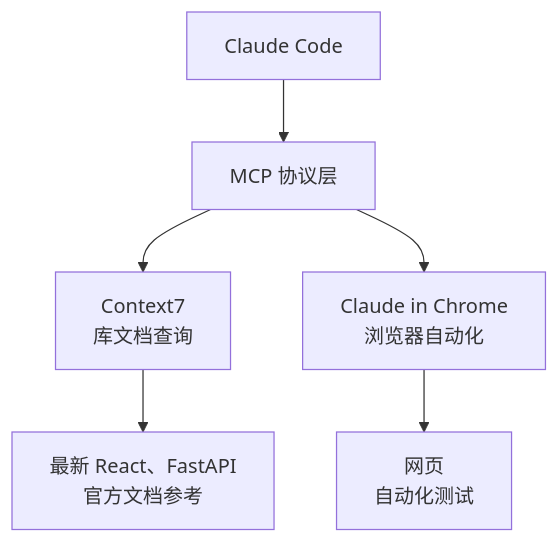
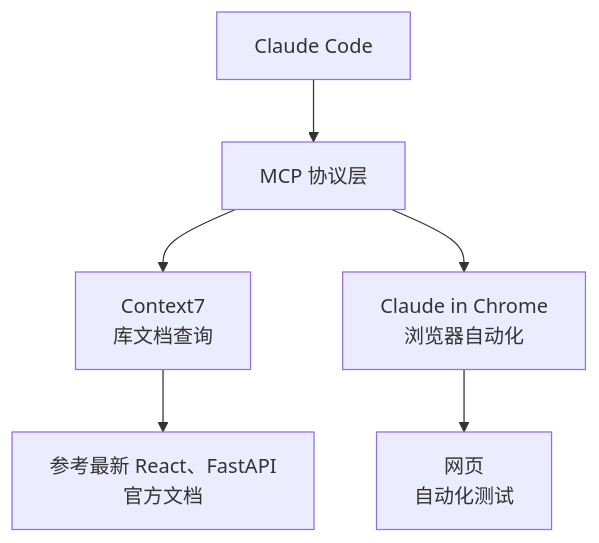
One commit to modu-ai/moai-adk changed the diagram in docs-site/content/zh/advanced/mcp-servers.md. Above: the diagram before and after it, drawn with Mermaid. The commit also changed other lines of this file and 395 other files, not shown here.

````diff
--- a/docs-site/content/zh/advanced/mcp-servers.md
+++ b/docs-site/content/zh/advanced/mcp-servers.md
@@ -19,10 +19,10 @@
 ```mermaid
 flowchart TD
     CC["Claude Code"] --> MCP_LAYER["MCP 协议层"]
 
     MCP_LAYER --> C7["Context7<br>库文档查询"]
     MCP_LAYER --> CHROME["Claude in Chrome<br>浏览器自动化"]
 
-    C7 --> C7_OUT["最新 React、FastAPI<br>官方文档参考"]
+    C7 --> C7_OUT["参考最新 React、FastAPI<br>官方文档"]
     CHROME --> CHROME_OUT["网页<br>自动化测试"]
 ```
````
